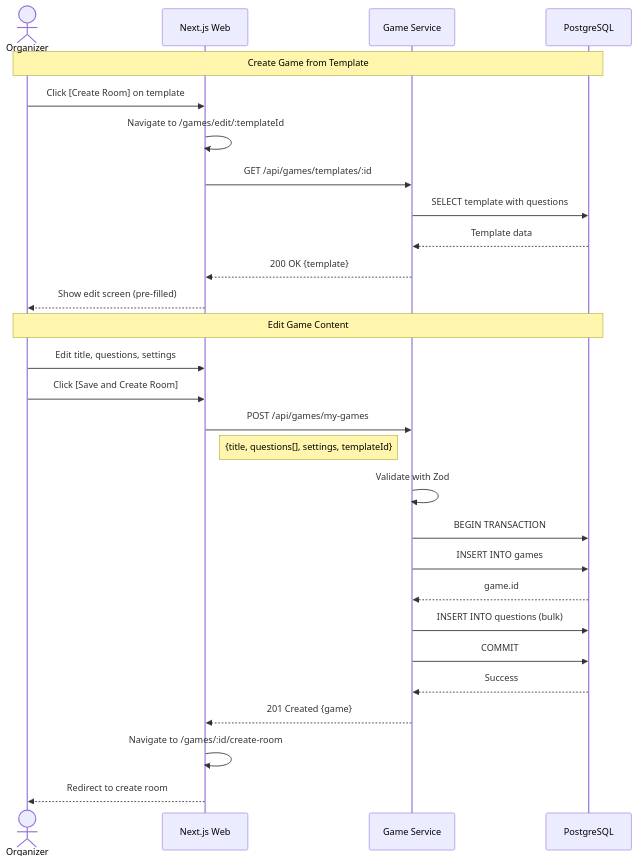
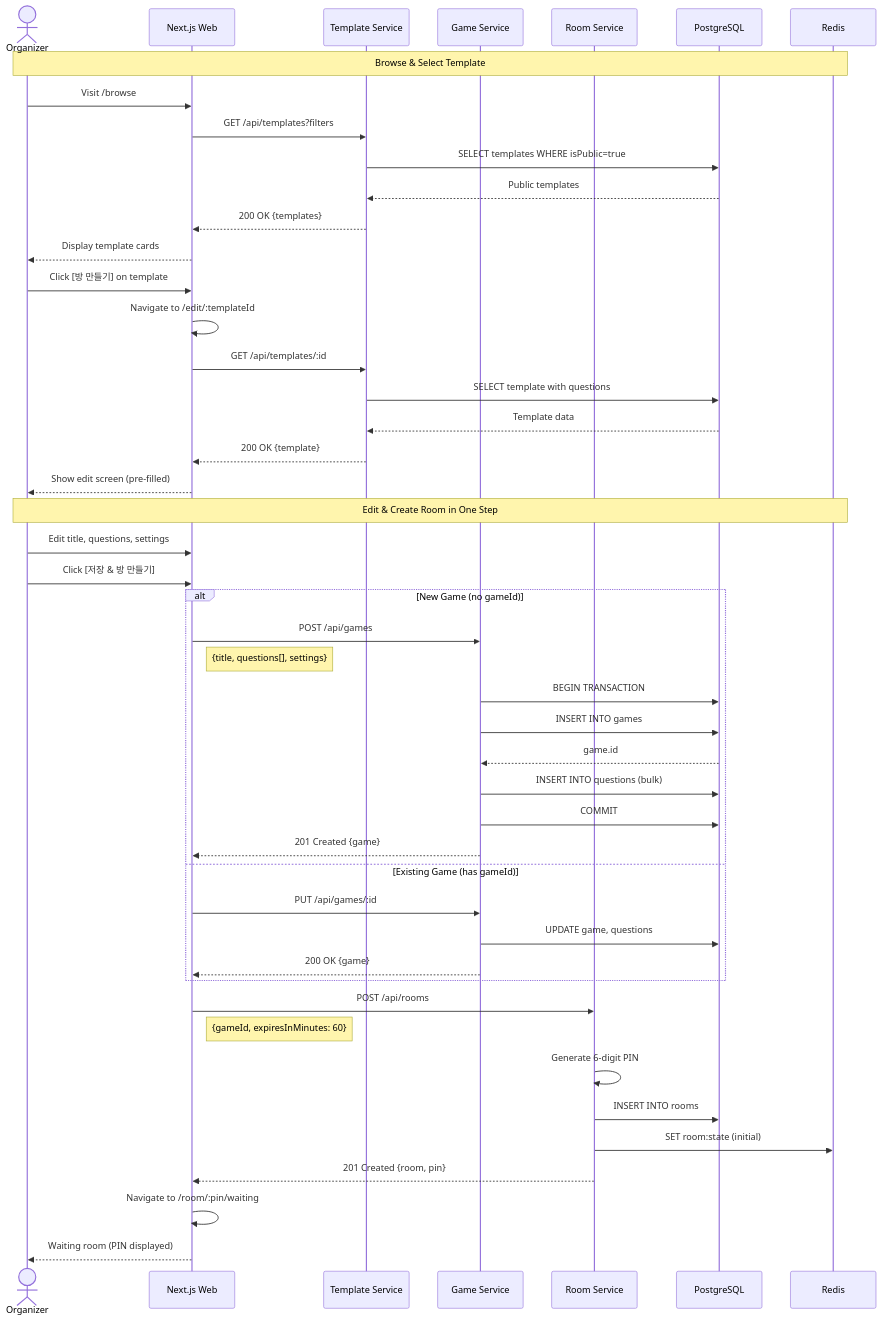
The fifth of 17 diagrams in docs/04-architecture.md (xinguuu/fully-boy), drawn with Mermaid before and after one commit. The commit also changed other lines of this file, not shown here.

Commit message:
refactor: 04-architecture fix

````diff
--- a/docs/04-architecture.md
+++ b/docs/04-architecture.md
@@ -359,34 +361,57 @@
 ```mermaid
 sequenceDiagram
     actor User as Organizer
     participant Web as Next.js Web
+    participant Template as Template Service
     participant Game as Game Service
+    participant Room as Room Service
     participant DB as PostgreSQL
+    participant Redis as Redis
 
-    Note over User,DB: Create Game from Template
+    Note over User,Redis: Browse & Select Template
 
-    User->>Web: Click [Create Room] on template
-    Web->>Web: Navigate to /games/edit/:templateId
-    Web->>Game: GET /api/games/templates/:id
-    Game->>DB: SELECT template with questions
-    DB-->>Game: Template data
-    Game-->>Web: 200 OK {template}
+    User->>Web: Visit /browse
+    Web->>Template: GET /api/templates?filters
+    Template->>DB: SELECT templates WHERE isPublic=true
+    DB-->>Template: Public templates
+    Template-->>Web: 200 OK {templates}
+    Web-->>User: Display template cards
+
+    User->>Web: Click [방 만들기] on template
+    Web->>Web: Navigate to /edit/:templateId
+    Web->>Template: GET /api/templates/:id
+    Template->>DB: SELECT template with questions
+    DB-->>Template: Template data
+    Template-->>Web: 200 OK {template}
     Web-->>User: Show edit screen (pre-filled)
 
-    Note over User,DB: Edit Game Content
+    Note over User,Redis: Edit & Create Room in One Step
 
     User->>Web: Edit title, questions, settings
-    User->>Web: Click [Save and Create Room]
-    Web->>Game: POST /api/games/my-games
-    Note right of Web: {title, questions[], settings, templateId}
-    Game->>Game: Validate with Zod
-    Game->>DB: BEGIN TRANSACTION
-    Game->>DB: INSERT INTO games
-    DB-->>Game: game.id
-    Game->>DB: INSERT INTO questions (bulk)
-    Game->>DB: COMMIT
-    DB-->>Game: Success
-    Game-->>Web: 201 Created {game}
-    Web->>Web: Navigate to /games/:id/create-room
-    Web-->>User: Redirect to create room
+    User->>Web: Click [저장 & 방 만들기]
+
+    alt New Game (no gameId)
+        Web->>Game: POST /api/games
+        Note right of Web: {title, questions[], settings}
+        Game->>DB: BEGIN TRANSACTION
+        Game->>DB: INSERT INTO games
+        DB-->>Game: game.id
+        Game->>DB: INSERT INTO questions (bulk)
+        Game->>DB: COMMIT
+        Game-->>Web: 201 Created {game}
+    else Existing Game (has gameId)
+        Web->>Game: PUT /api/games/:id
+        Game->>DB: UPDATE game, questions
+        Game-->>Web: 200 OK {game}
+    end
+
+    Web->>Room: POST /api/rooms
+    Note right of Web: {gameId, expiresInMinutes: 60}
+    Room->>Room: Generate 6-digit PIN
+    Room->>DB: INSERT INTO rooms
+    Room->>Redis: SET room:state (initial)
+    Room-->>Web: 201 Created {room, pin}
+
+    Web->>Web: Navigate to /room/:pin/waiting
+    Web-->>User: Waiting room (PIN displayed)
 ```
````
